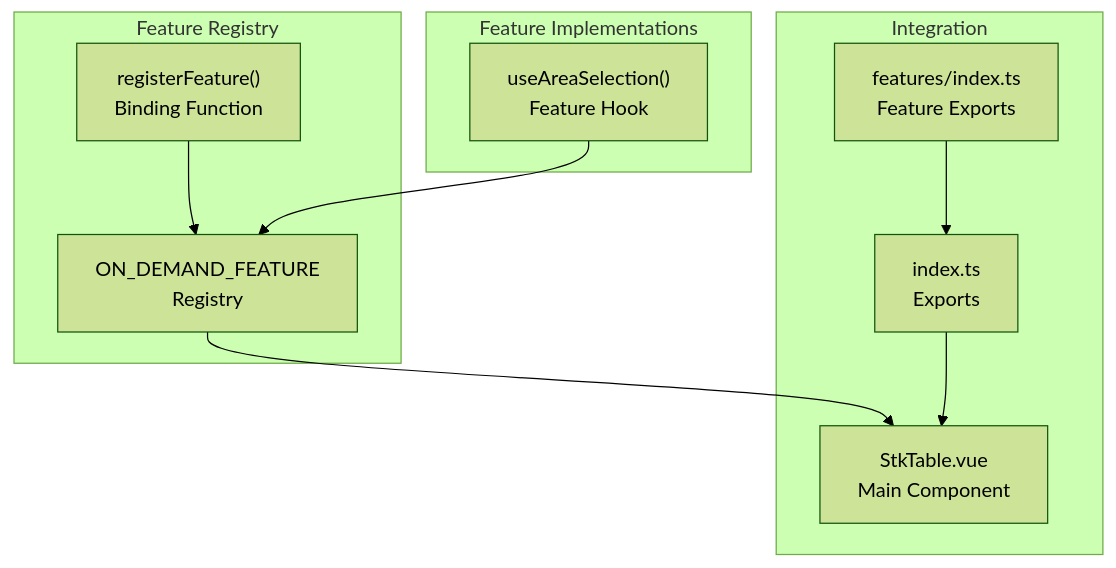
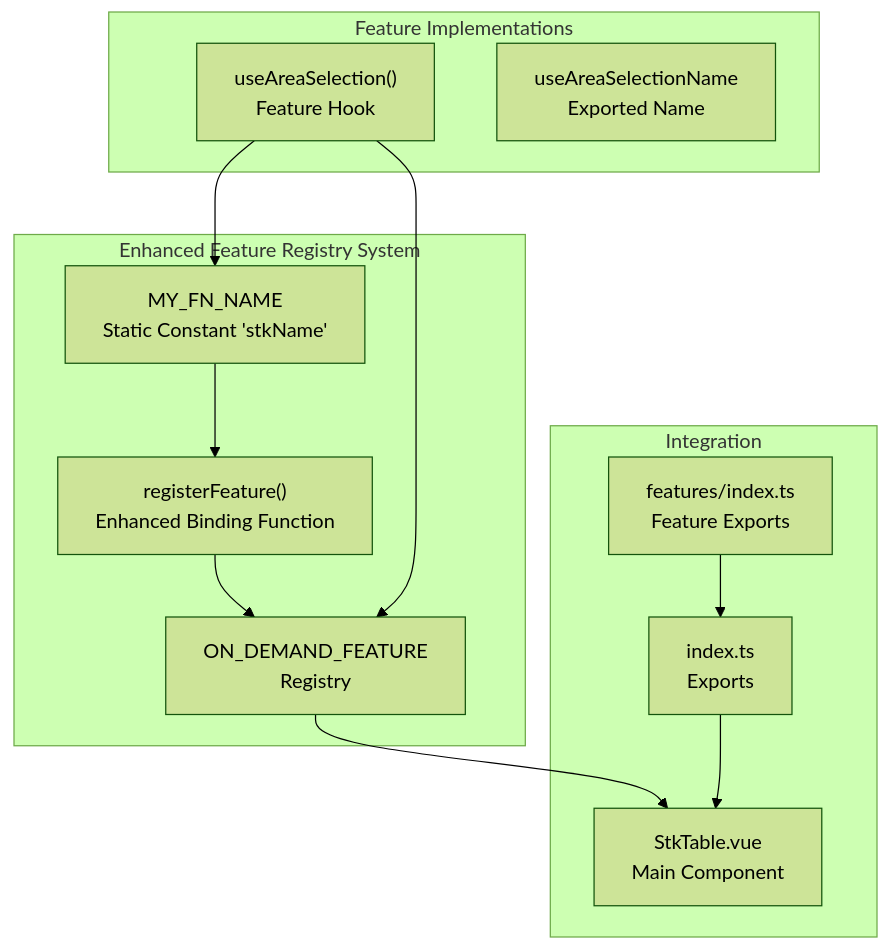
The first of 6 diagrams in .qoder/repowiki/en/content/Core Concepts/On-Demand Feature Registration.md (ja-plus/stk-table-vue), drawn with Mermaid (forest theme) before and after one commit. The commit also changed other lines of this file and 2 other files, not shown here.

````diff
--- a/.qoder/repowiki/en/content/Core Concepts/On-Demand Feature Registration.md
+++ b/.qoder/repowiki/en/content/Core Concepts/On-Demand Feature Registration.md
@@ -34,20 +42,24 @@
 ```mermaid
 graph TB
-subgraph "Feature Registry"
+subgraph "Enhanced Feature Registry System"
 OF["ON_DEMAND_FEATURE<br/>Registry"]
-RF["registerFeature()<br/>Binding Function"]
+RF["registerFeature()<br/>Enhanced Binding Function"]
+MYFN["MY_FN_NAME<br/>Static Constant 'stkName'"]
 end
 subgraph "Feature Implementations"
 UAS["useAreaSelection()<br/>Feature Hook"]
+UASN["useAreaSelectionName<br/>Exported Name"]
 end
 subgraph "Integration"
 STK["StkTable.vue<br/>Main Component"]
 IDX["index.ts<br/>Exports"]
 FIDX["features/index.ts<br/>Feature Exports"]
 end
 RF --> OF
+MYFN --> RF
+UAS --> MYFN
 UAS --> OF
 OF --> STK
 IDX --> STK
 FIDX --> IDX
 ```
````
